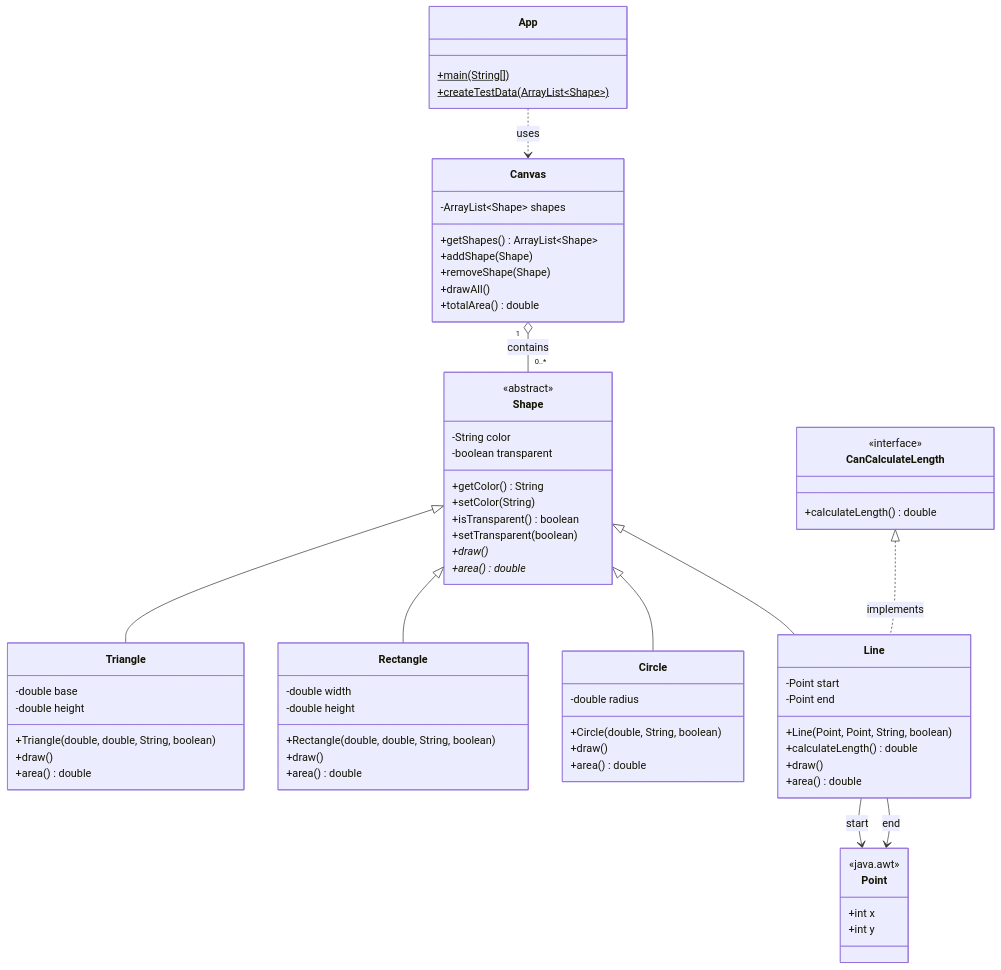
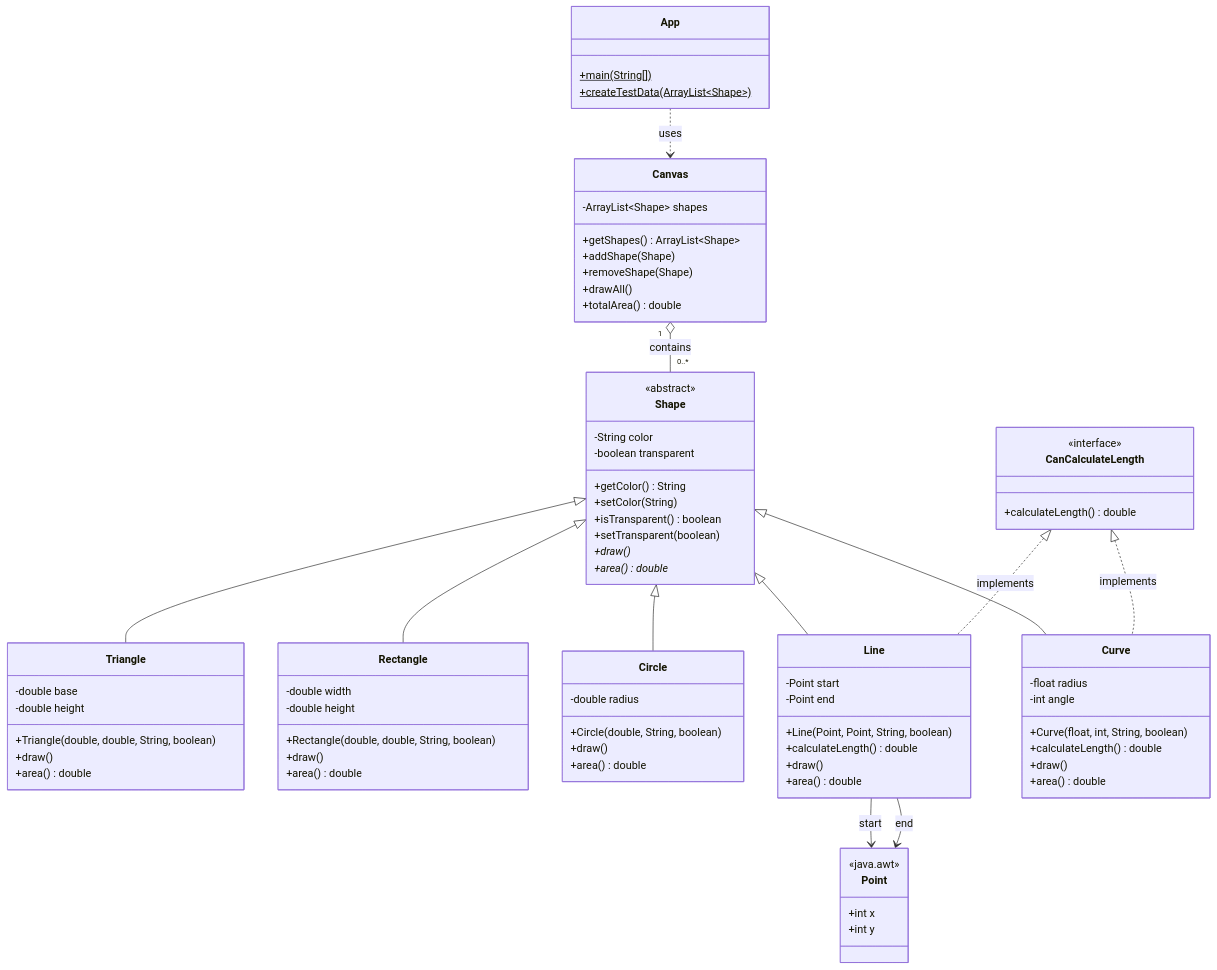
The diagram in README.md (tuo-vamk/vector-draw-app), drawn with Mermaid before and after one commit. The commit also changed other lines of this file, not shown here.

```diff
--- a/README.md
+++ b/README.md
@@ -55,6 +55,15 @@
         +area() double
     }
 
+    class Curve {
+        -float radius
+        -int angle
+        +Curve(float, int, String, boolean)
+        +calculateLength() double
+        +draw()
+        +area() double
+    }
+
     class Canvas {
         -ArrayList~Shape~ shapes
         +getShapes() ArrayList~Shape~
@@ -79,7 +88,9 @@
     Shape <|-- Rectangle
     Shape <|-- Circle
     Shape <|-- Line
+    Shape <|-- Curve
     CanCalculateLength <|.. Line : implements
+    CanCalculateLength <|.. Curve : implements
     Canvas "1" o-- "0..*" Shape : contains
     App ..> Canvas : uses
     Line --> Point : start
```
